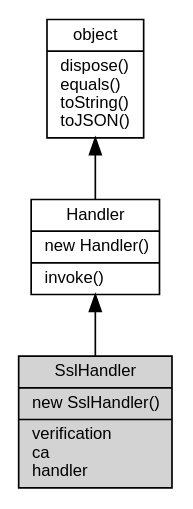
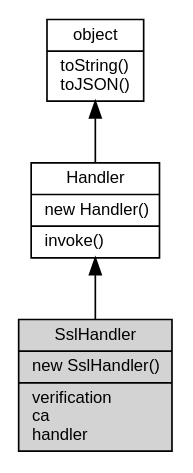
One commit to asionius/fibjs-ceph changed the diagram in docs/object/ifs/SslHandler.md. Above: the diagram before and after it, drawn with Graphviz. The commit also changed other lines of this file and 138 other files, not shown here.

````diff
--- a/docs/object/ifs/SslHandler.md
+++ b/docs/object/ifs/SslHandler.md
@@ -17,12 +17,12 @@
 ```dot
 digraph {
     node [fontname="Helvetica,sans-Serif", fontsize=10, shape="record", style="filled", fillcolor="white"];
 
-    object [tooltip="object", URL="object.md", label="{object|dispose()\lequals()\ltoString()\ltoJSON()\l}"];
+    object [tooltip="object", URL="object.md", label="{object|toString()\ltoJSON()\l}"];
     Handler [tooltip="Handler", URL="Handler.md", label="{Handler|new Handler()\l|invoke()\l}"];
-    SslHandler [tooltip="SslHandler", fillcolor="lightgray", label="{SslHandler|new SslHandler()\l|verification\lca\lhandler\l}"];
+    SslHandler [tooltip="SslHandler", fillcolor="lightgray", id="me", label="{SslHandler|new SslHandler()\l|verification\lca\lhandler\l}"];
 
     object -> Handler [dir=back];
     Handler -> SslHandler [dir=back];
 }
 ```
````
